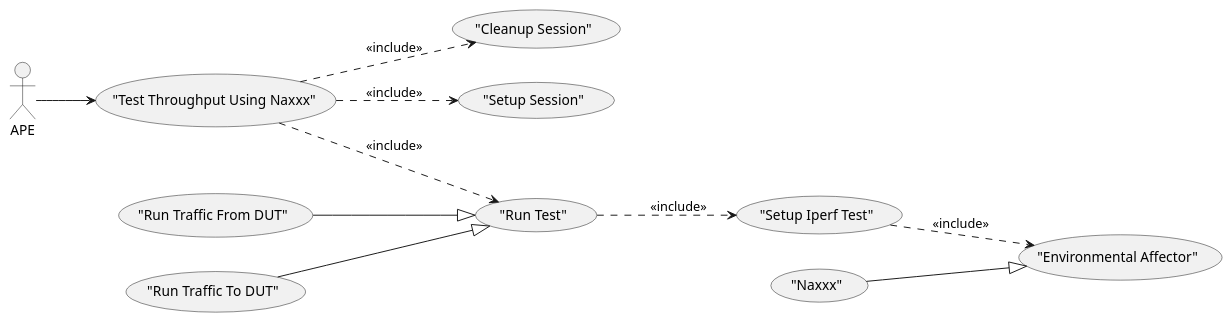
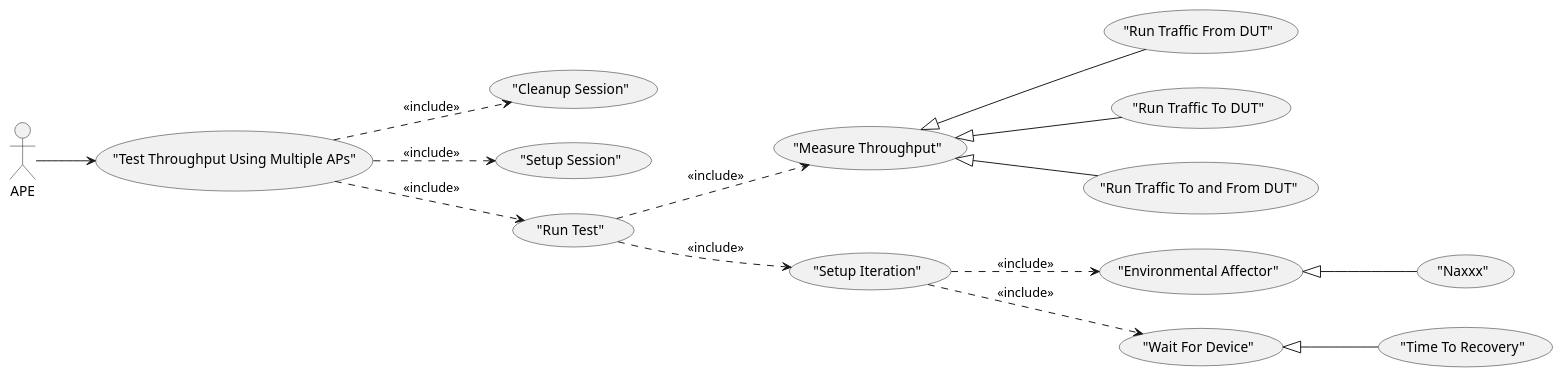
One commit to russell-n/oldape changed the first of 2 diagrams in documentation/developers/source/usecases/test_throughput_using_naxxx.rst. Above: the diagram before and after it, drawn with PlantUML. The commit also changed other lines of this file and 17 other files, not shown here.

Commit message:
Added sub-lexicographer for naxxx and naxxx affector

```diff
--- a/documentation/developers/source/usecases/test_throughput_using_naxxx.rst
+++ b/documentation/developers/source/usecases/test_throughput_using_naxxx.rst
@@ -5,12 +5,16 @@
 .. uml::
 
    left to right direction
-   APE --> ("Test Throughput Using Naxxx")
-   ("Test Throughput Using Naxxx") ..> ("Cleanup Session") : <<include>>
-   ("Test Throughput Using Naxxx") ..> ("Setup Session") : <<include>>
-   ("Test Throughput Using Naxxx") ..> ("Run Test") : <<include>>
-   ("Run Traffic From DUT") --|> ("Run Test")
-   ("Run Traffic To DUT") --|> ("Run Test")
-   ("Run Test") ..> ("Setup Iperf Test") : <<include>>
-   ("Setup Iperf Test") ..> ("Environmental Affector") : <<include>>
-   ("Naxxx") --|> ("Environmental Affector")
+   APE --> ("Test Throughput Using Multiple APs")
+   ("Test Throughput Using Multiple APs") ..> ("Cleanup Session") : <<include>>
+   ("Test Throughput Using Multiple APs") ..> ("Setup Session") : <<include>>
+   ("Test Throughput Using Multiple APs") ..> ("Run Test") : <<include>>
+   ("Run Test") ..> ("Measure Throughput") : <<include>>
+   ("Measure Throughput") <|-- ("Run Traffic From DUT") 
+   ("Measure Throughput") <|-- ("Run Traffic To DUT")
+   ("Measure Throughput") <|-- ("Run Traffic To and From DUT") 
+   ("Run Test") ..> ("Setup Iteration") : <<include>>
+   ("Setup Iteration") ..> ("Environmental Affector") : <<include>>
+   ("Setup Iteration") ..> ("Wait For Device") : <<include>>
+   ("Environmental Affector") <|-- ("Naxxx") 
+   ("Wait For Device") <|-- ("Time To Recovery") 
```
